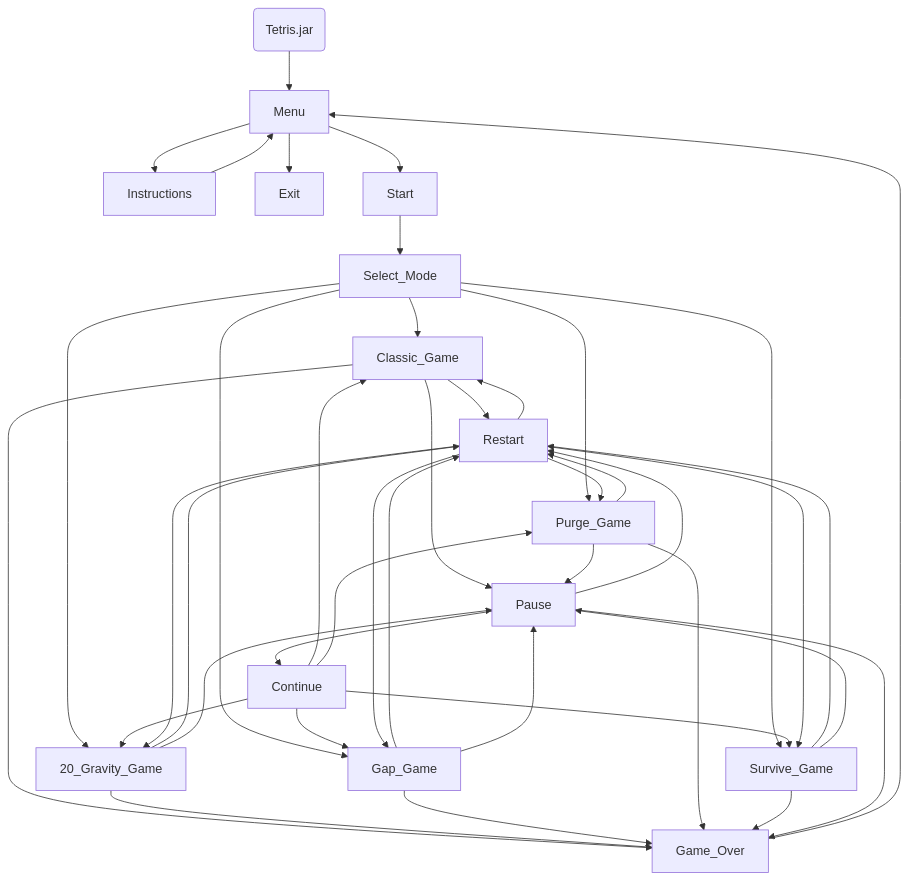
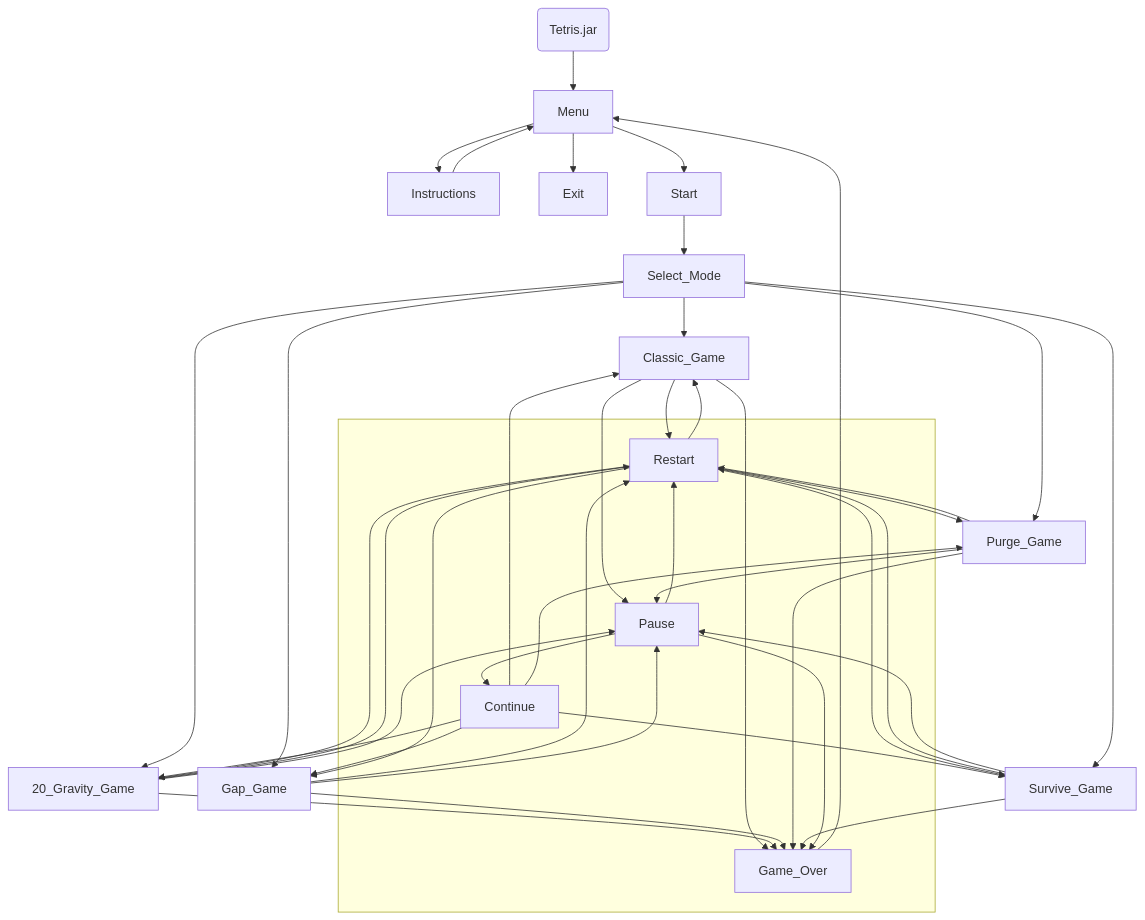
Before and after one commit to sheng-luen-chung/JAVA_11302_Project: the second of 3 diagrams in README.md, drawn with Mermaid.

````diff
--- a/README.md
+++ b/README.md
@@ -534,55 +534,55 @@
 ```mermaid
  flowchart TD
     Execute(Tetris.jar)
     Execute --> Menu
     Menu --> Instructions
     Menu --> Exit
     Instructions --> Menu
     Menu --> Start
 
     Start --> Select_Mode
 
     Select_Mode --> Classic_Game
     Select_Mode --> Purge_Game
     Select_Mode --> Survive_Game
     Select_Mode --> 20_Gravity_Game
     Select_Mode --> Gap_Game
 
     Classic_Game --> Game_Over
     Classic_Game --> Restart
     Classic_Game --> Pause
 
     20_Gravity_Game --> Game_Over
     20_Gravity_Game --> Restart
     20_Gravity_Game --> Pause
 
     Gap_Game --> Game_Over
     Gap_Game --> Restart
     Gap_Game --> Pause
 
     Purge_Game --> Game_Over
     Purge_Game --> Restart
     Purge_Game --> Pause
 
     Survive_Game --> Restart
     Survive_Game --> Game_Over        
     Survive_Game --> Pause
-
+subgraph  
     Pause --> Game_Over
     Pause --> Restart
     Pause --> Continue
-
+end
     Continue --> Classic_Game 
     Continue --> Purge_Game
     Continue --> Survive_Game
     Continue --> 20_Gravity_Game
     Continue --> Gap_Game
 
     Game_Over --> Menu
 
     Restart --> Classic_Game 
     Restart --> Purge_Game
     Restart --> Survive_Game
     Restart --> 20_Gravity_Game
     Restart --> Gap_Game
 ```
````
